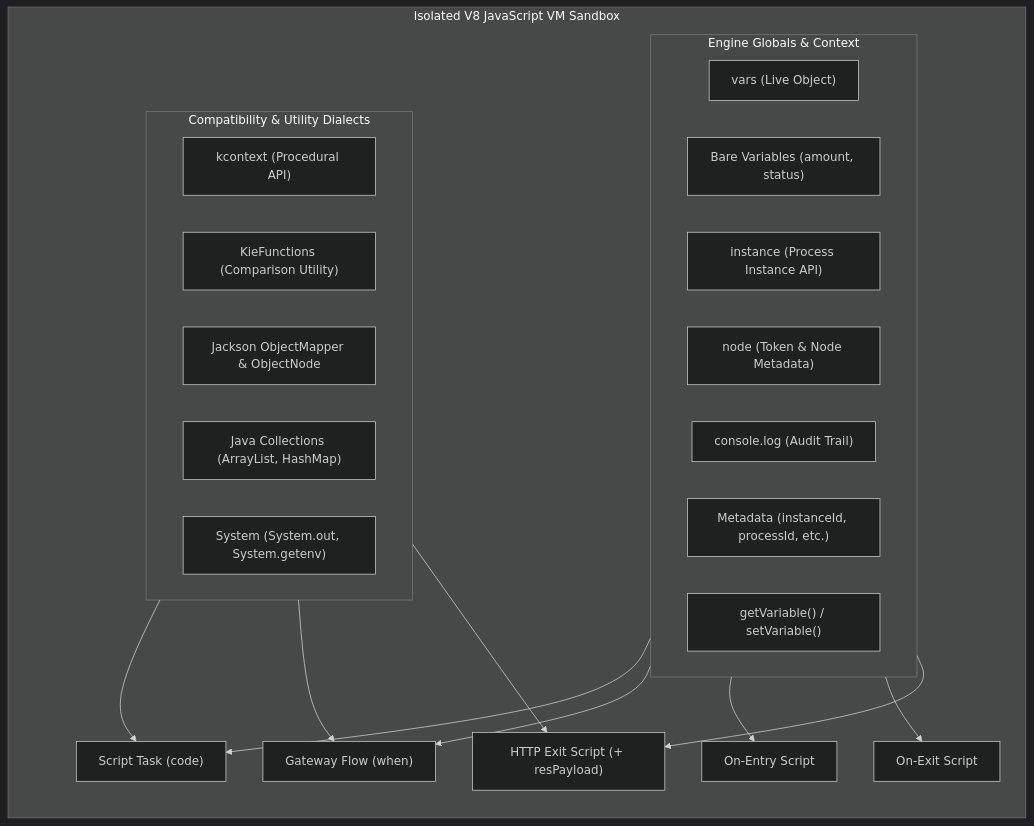
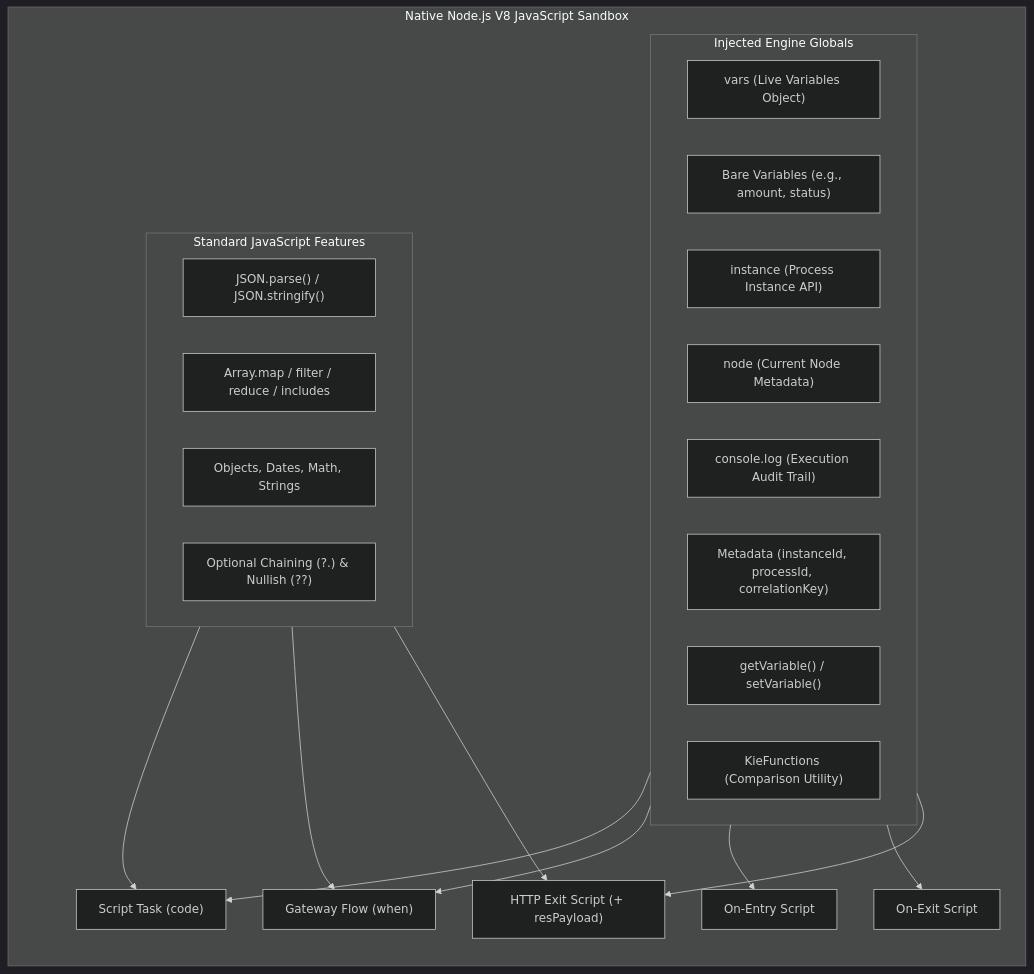
Before and after one commit to Avinashkumar8694/prudential-claims-bpm: the first of 2 diagrams in jbpm-engine/docs/usage_docs/15-javascript-and-flow-variables-cheatsheet.md, drawn with Mermaid (dark theme). The commit also changed other lines of this file and 1 other file, not shown here.

Commit message:
feat: clean native JavaScript documentation and snippets; isolate legacy Java shims to import compatibility appendix

````diff
--- a/jbpm-engine/docs/usage_docs/15-javascript-and-flow-variables-cheatsheet.md
+++ b/jbpm-engine/docs/usage_docs/15-javascript-and-flow-variables-cheatsheet.md
@@ -18,30 +20,30 @@
 ```mermaid
 flowchart TD
-    subgraph ExecutionRealm["Isolated V8 JavaScript VM Sandbox"]
+    subgraph ExecutionRealm["Native Node.js V8 JavaScript Sandbox"]
         direction TB
-        subgraph EngineGlobals["Engine Globals & Context"]
-            V["vars (Live Object)"]
-            B["Bare Variables (amount, status)"]
+        subgraph EngineGlobals["Injected Engine Globals"]
+            V["vars (Live Variables Object)"]
+            B["Bare Variables (e.g., amount, status)"]
             I["instance (Process Instance API)"]
-            N["node (Token & Node Metadata)"]
-            C["console.log (Audit Trail)"]
-            M["Metadata (instanceId, processId, etc.)"]
+            N["node (Current Node Metadata)"]
+            C["console.log (Execution Audit Trail)"]
+            M["Metadata (instanceId, processId, correlationKey)"]
             F["getVariable() / setVariable()"]
+            KF["KieFunctions (Comparison Utility)"]
         end
-        subgraph CompatibilityGlobals["Compatibility & Utility Dialects"]
-            K["kcontext (Procedural API)"]
-            KF["KieFunctions (Comparison Utility)"]
-            JK["Jackson ObjectMapper & ObjectNode"]
-            JC["Java Collections (ArrayList, HashMap)"]
-            SY["System (System.out, System.getenv)"]
+        subgraph NativeJS["Standard JavaScript Features"]
+            JS1["JSON.parse() / JSON.stringify()"]
+            JS2["Array.map / filter / reduce / includes"]
+            JS3["Objects, Dates, Math, Strings"]
+            JS4["Optional Chaining (?.) & Nullish (??)"]
         end
         EngineGlobals --> ScriptTask["Script Task (code)"]
         EngineGlobals --> GatewayCond["Gateway Flow (when)"]
         EngineGlobals --> OnEntry["On-Entry Script"]
         EngineGlobals --> OnExit["On-Exit Script"]
         EngineGlobals --> HttpExit["HTTP Exit Script (+ resPayload)"]
-        CompatibilityGlobals --> ScriptTask
-        CompatibilityGlobals --> GatewayCond
-        CompatibilityGlobals --> HttpExit
+        NativeJS --> ScriptTask
+        NativeJS --> GatewayCond
+        NativeJS --> HttpExit
     end
 ```
````
